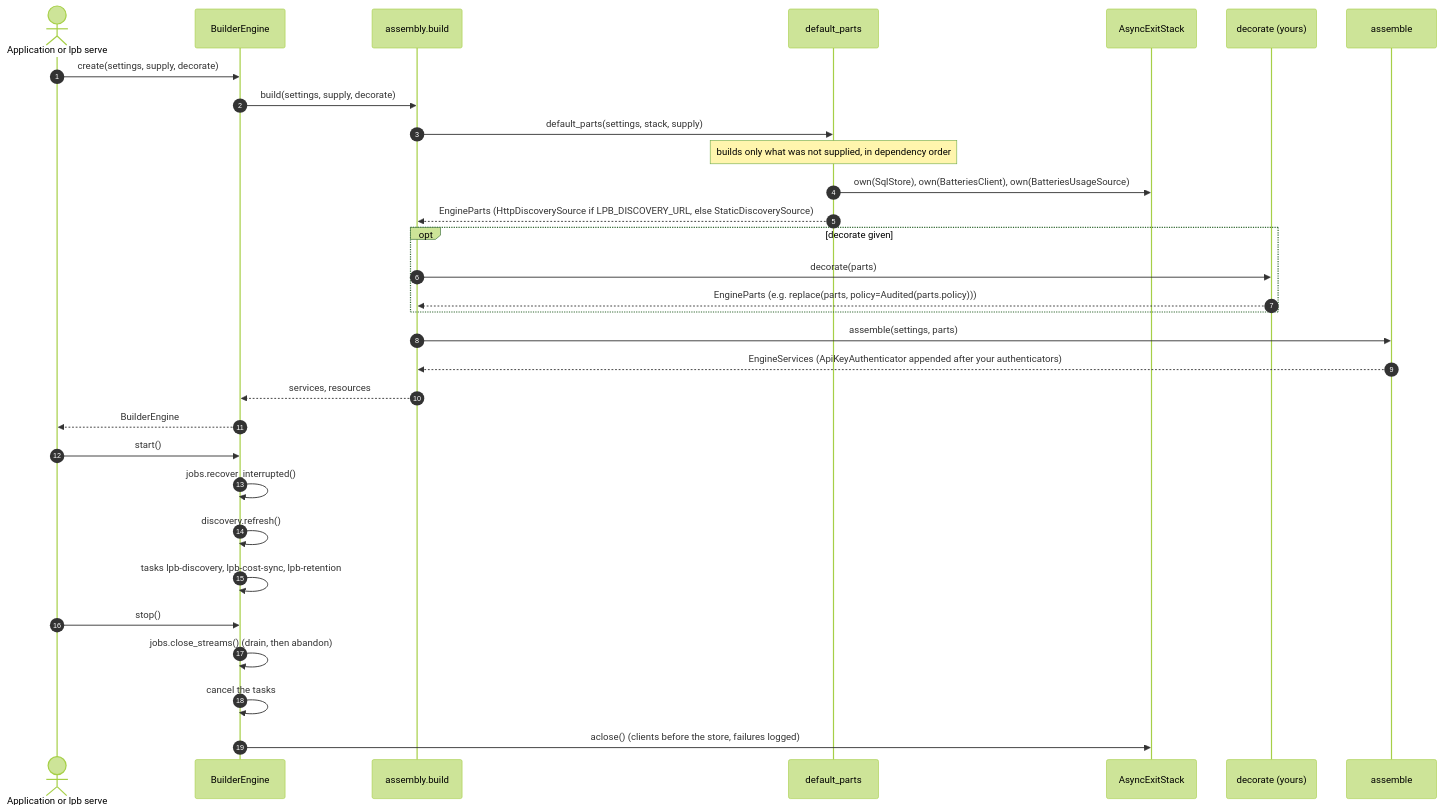
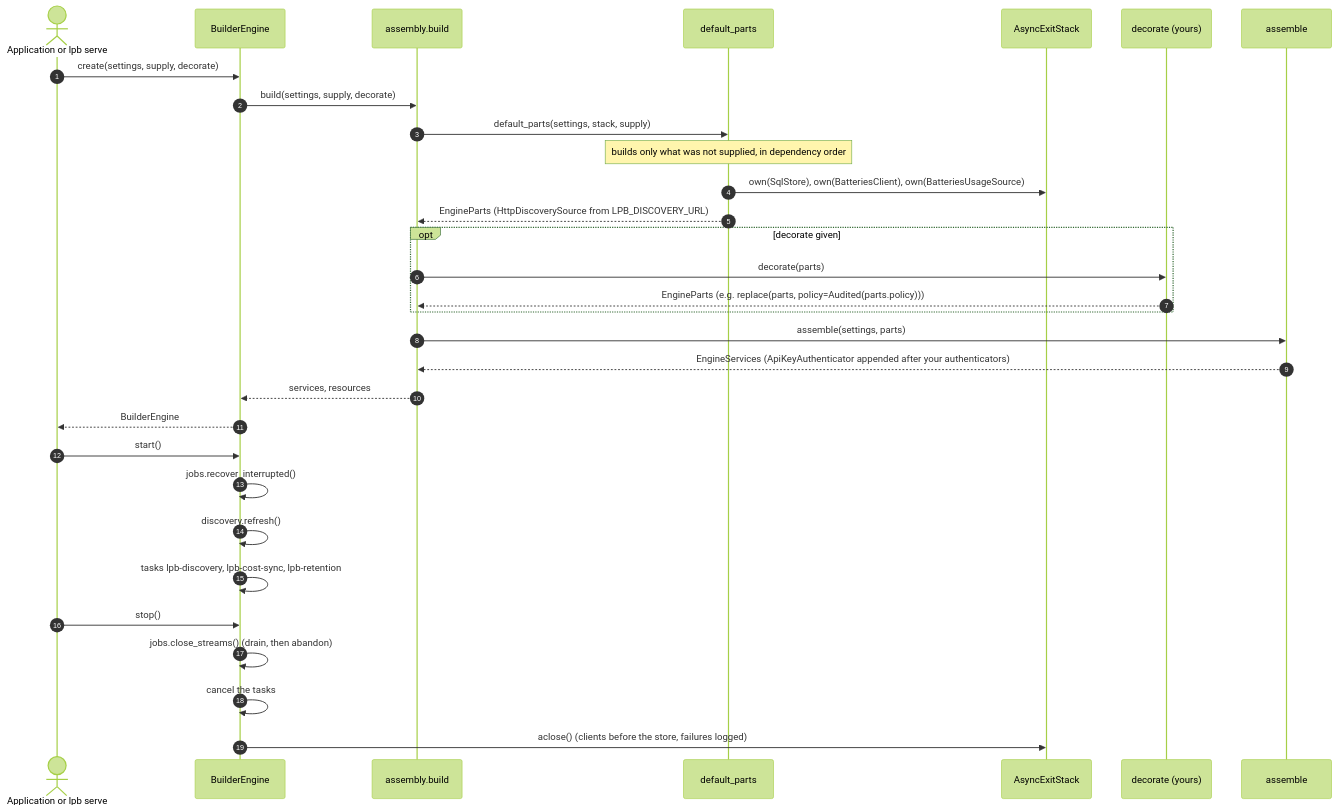
One commit to NE-Build-Track/livepeer-builder-core changed the eighth of 16 diagrams in docs/design-docs/interfaces-and-http-servers.md. Above: the diagram before and after it, drawn with Mermaid (forest theme). The commit also changed other lines of this file and 97 other files, not shown here.

First line of the commit message:
refactor(discovery)!: remove lpb discovery; the engine reads livepeer/node's /discovery contract (#96)

````diff
--- a/docs/design-docs/interfaces-and-http-servers.md
+++ b/docs/design-docs/interfaces-and-http-servers.md
@@ -546,33 +540,33 @@
 ```mermaid
 sequenceDiagram
     autonumber
     actor App as Application or lpb serve
     participant BE as BuilderEngine
     participant B as assembly.build
     participant DP as default_parts
     participant Stack as AsyncExitStack
     participant D as decorate (yours)
     participant A as assemble
     App->>BE: create(settings, supply, decorate)
     BE->>B: build(settings, supply, decorate)
     B->>DP: default_parts(settings, stack, supply)
     Note over DP: builds only what was not supplied, in dependency order
     DP->>Stack: own(SqlStore), own(BatteriesClient), own(BatteriesUsageSource)
-    DP-->>B: EngineParts (HttpDiscoverySource if LPB_DISCOVERY_URL, else StaticDiscoverySource)
+    DP-->>B: EngineParts (HttpDiscoverySource from LPB_DISCOVERY_URL)
     opt decorate given
         B->>D: decorate(parts)
         D-->>B: EngineParts (e.g. replace(parts, policy=Audited(parts.policy)))
     end
     B->>A: assemble(settings, parts)
     A-->>B: EngineServices (ApiKeyAuthenticator appended after your authenticators)
     B-->>BE: services, resources
     BE-->>App: BuilderEngine
     App->>BE: start()
     BE->>BE: jobs.recover_interrupted()
     BE->>BE: discovery.refresh()
     BE->>BE: tasks lpb-discovery, lpb-cost-sync, lpb-retention
     App->>BE: stop()
     BE->>BE: jobs.close_streams() (drain, then abandon)
     BE->>BE: cancel the tasks
     BE->>Stack: aclose() (clients before the store, failures logged)
 ```
````
